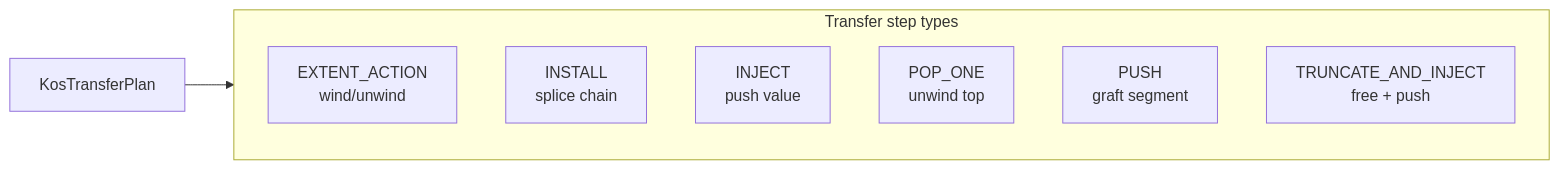
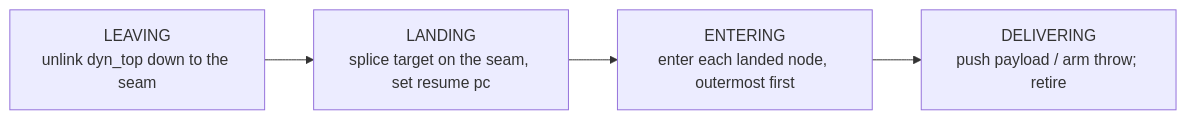
Before and after one commit to koskari-lang/koskari: the tenth of 12 diagrams in design/EVALUATOR.md, drawn with Mermaid. The commit also changed other lines of this file and 22 other files, not shown here.

First line of the commit message:
Describe transfer goals and the extent contract in the design docs

````diff
--- a/design/EVALUATOR.md
+++ b/design/EVALUATOR.md
@@ -959,12 +939,8 @@
 ```mermaid
 flowchart LR
-    subgraph steps["Transfer step types"]
-        EXTENT["EXTENT_ACTION<br/>wind/unwind"]
-        INSTALL["INSTALL<br/>splice chain"]
-        INJECT["INJECT<br/>push value"]
-        POP["POP_ONE<br/>unwind top"]
-        PUSH["PUSH<br/>graft segment"]
-        TRUNCATE["TRUNCATE_AND_INJECT<br/>free + push"]
-    end
-    plan["KosTransferPlan"] --> steps
+    LEAVING["LEAVING<br/>unlink dyn_top down to the seam"]
+    LANDING["LANDING<br/>splice target on the seam, set resume pc"]
+    ENTERING["ENTERING<br/>enter each landed node, outermost first"]
+    DELIVERING["DELIVERING<br/>push payload / arm throw; retire"]
+    LEAVING --> LANDING --> ENTERING --> DELIVERING
 ```
````
